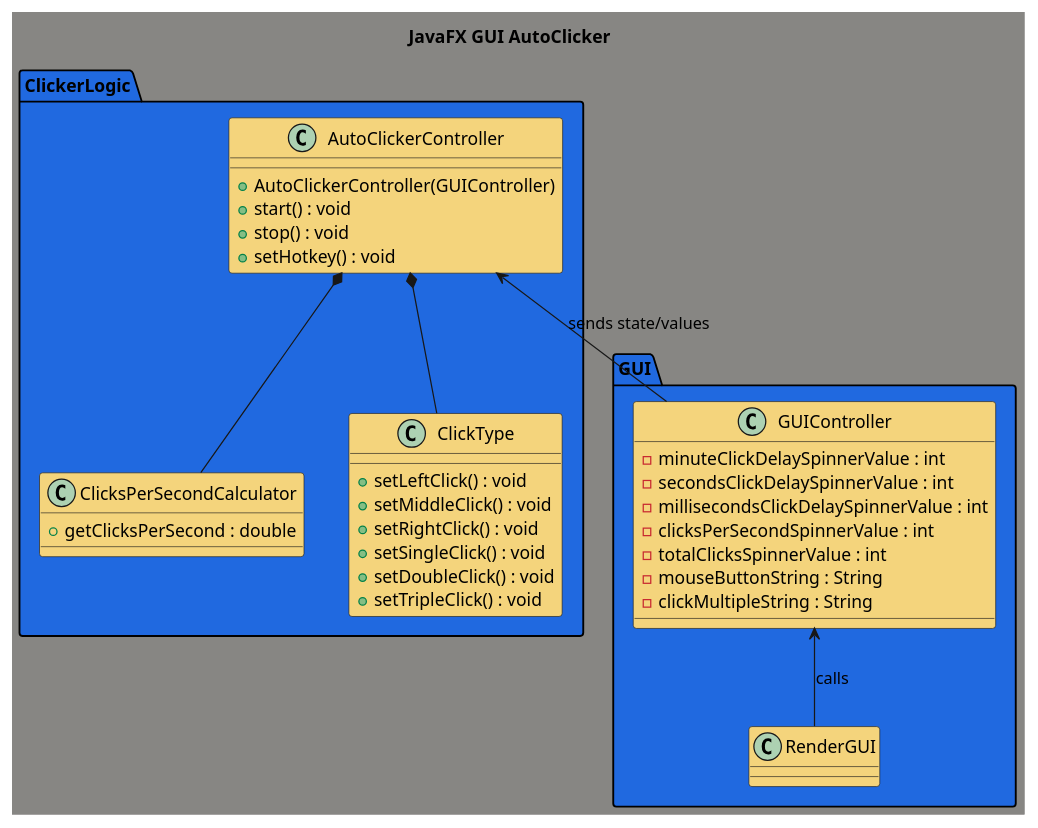
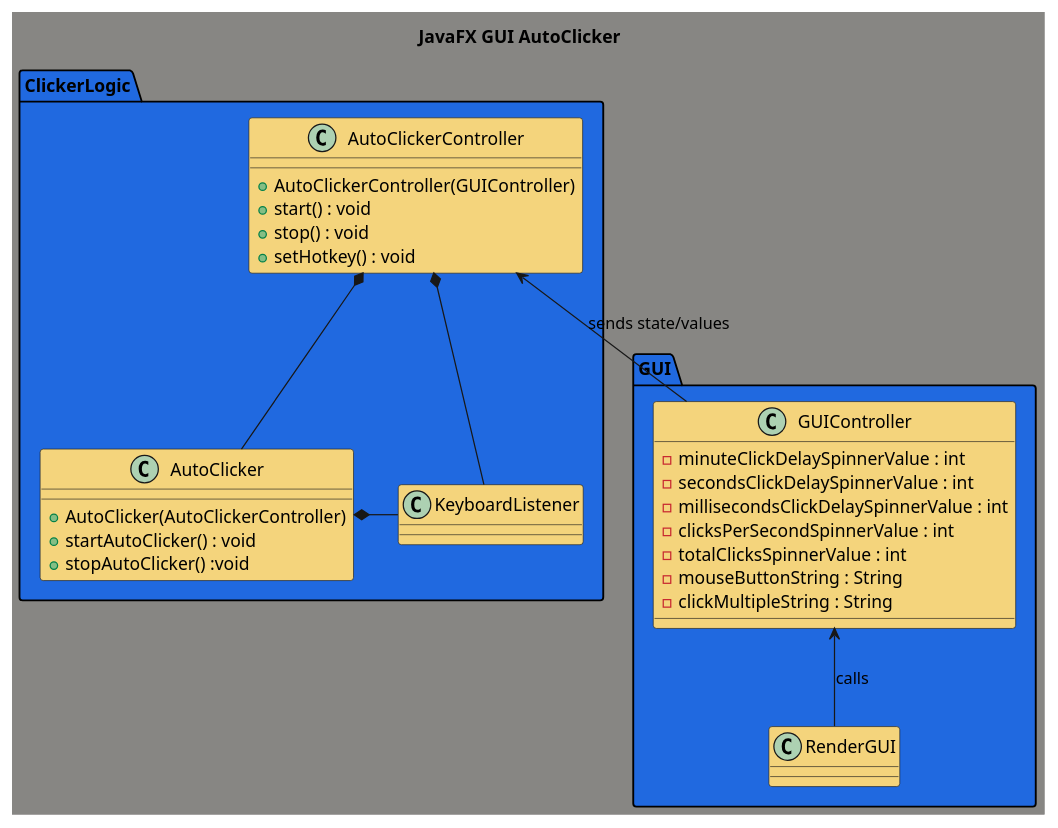
The diagram in src/Resources/ClassDiagram.puml (Lefro1/JavaFX_GUI_AutoClicker), drawn with PlantUML before and after one commit. The commit also changed 5 other files, not shown here.

Commit message:
Cleaning up imports and classes. Removed lombok/SneakyThrows dependency. Updated class diagram.

```diff
--- a/src/Resources/ClassDiagram.puml
+++ b/src/Resources/ClassDiagram.puml
@@ -1,64 +1,64 @@
 @startuml
 title JavaFX GUI AutoClicker
 
 skinparam backgroundColor #878683
 
 skinparam class {
     BackgroundColor #f4d47c
 }
 
 skinparam package {
     BackgroundColor #2069e0
 }
 
 
 package GUI {
     class GUIController {
         - minuteClickDelaySpinnerValue : int
         - secondsClickDelaySpinnerValue : int
         - millisecondsClickDelaySpinnerValue : int
         - clicksPerSecondSpinnerValue : int
         - totalClicksSpinnerValue : int
         - mouseButtonString : String
         - clickMultipleString : String
     }
 
     class RenderGUI {
 
     }
 
 
 }
 
 
 package ClickerLogic {
     class AutoClickerController {
         + AutoClickerController(GUIController)
         + start() : void
         + stop() : void
         + setHotkey() : void
     }
 
-    class ClicksPerSecondCalculator {
-        + getClicksPerSecond : double
+    class AutoClicker {
+        + AutoClicker(AutoClickerController)
+        + startAutoClicker() : void
+        + stopAutoClicker() :void
+
     }
 
-    class ClickType {
-        + setLeftClick() : void
-        + setMiddleClick() : void
-        + setRightClick() : void
-        + setSingleClick() : void
-        + setDoubleClick() : void
-        + setTripleClick() : void
+    class KeyboardListener {
+
     }
+
 }
 
-AutoClickerController *-- ClicksPerSecondCalculator
-AutoClickerController *-- ClickType
+AutoClickerController *-- AutoClicker
+AutoClickerController *-- KeyboardListener
+AutoClicker *- KeyboardListener
 
 GUIController <-- RenderGUI : calls
 
 AutoClickerController <-- GUIController : sends state/values
 
 
 @enduml
```
